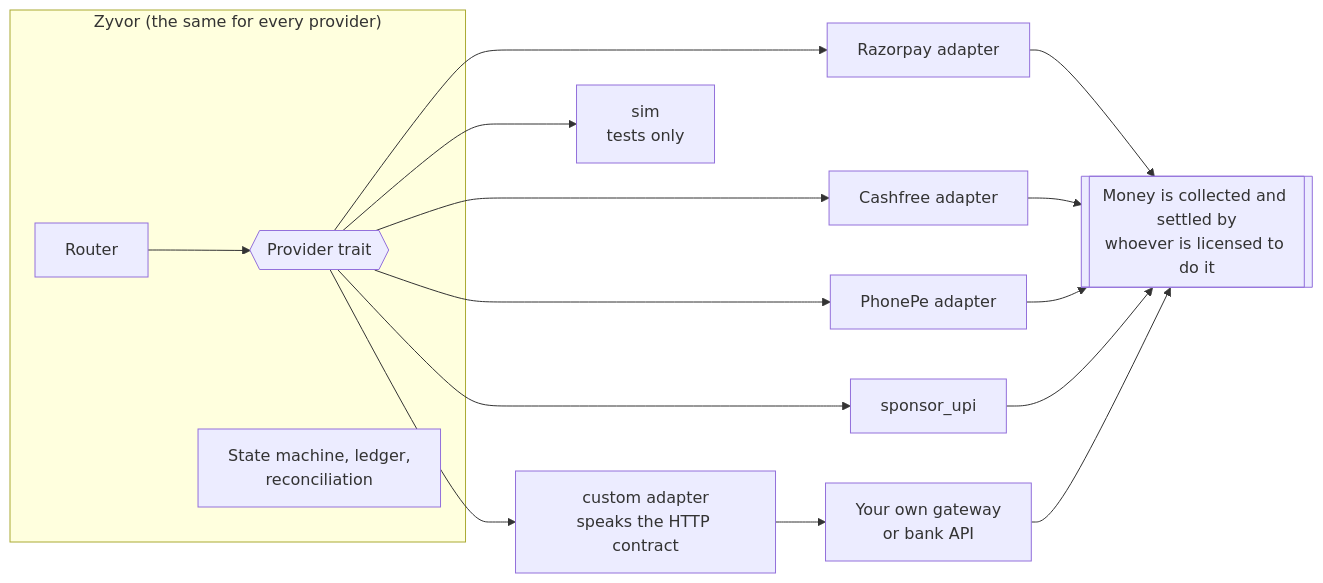
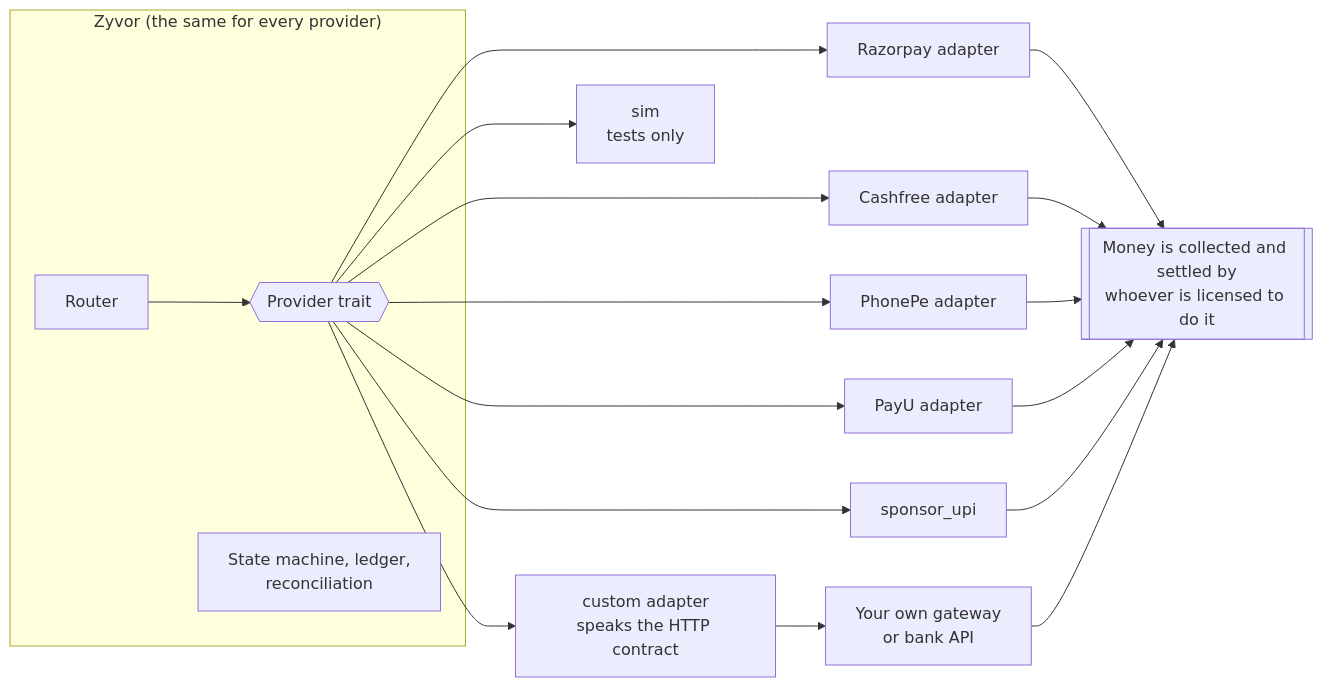
One commit to zyvorai/vayora changed the diagram in docs/zyvor/BRING_YOUR_OWN_PROVIDER.md. Above: the diagram before and after it, drawn with Mermaid. The commit also changed 27 other files, not shown here.

First line of the commit message:
Adapter conformance suite, a PayU adapter (mock only) and ADD_A_PROVIDER

````diff
--- a/docs/zyvor/BRING_YOUR_OWN_PROVIDER.md
+++ b/docs/zyvor/BRING_YOUR_OWN_PROVIDER.md
@@ -20,19 +20,21 @@
 ```mermaid
 flowchart LR
   subgraph Z["Zyvor (the same for every provider)"]
     R[Router] --> T{{"Provider trait"}}
     S["State machine, ledger,<br/>reconciliation"]
   end
   T --> RZ[Razorpay adapter]
   T --> CF[Cashfree adapter]
   T --> PP[PhonePe adapter]
+  T --> PU[PayU adapter]
   T --> SU[sponsor_upi]
   T --> CU["custom adapter<br/>speaks the HTTP contract"]
   T --> SIM["sim<br/>tests only"]
   CU --> YG["Your own gateway<br/>or bank API"]
   RZ --> M[["Money is collected and settled by<br/>whoever is licensed to do it"]]
   CF --> M
   PP --> M
+  PU --> M
   SU --> M
   YG --> M
 ```
````
